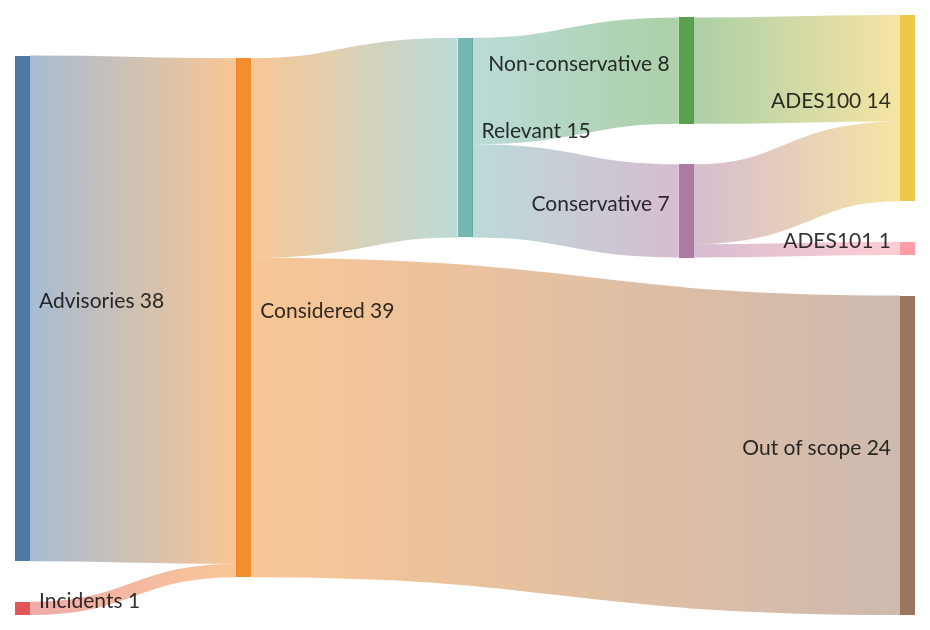
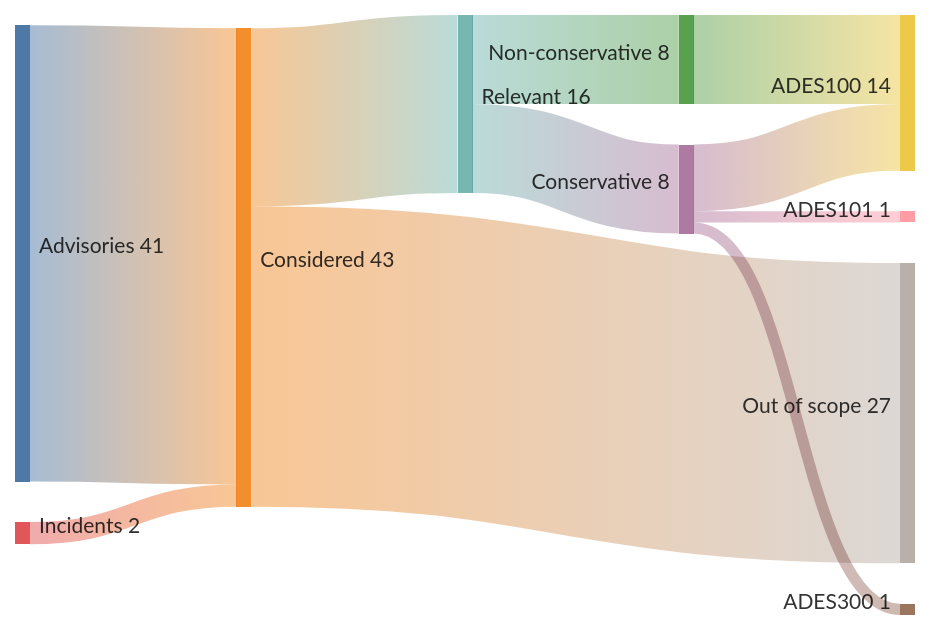
Before and after one commit to ericcornelissen/ades: the diagram in docs/EVALUATION.md, drawn with Mermaid. The commit also changed other lines of this file and 1 other file, not shown here.

Commit message:
Update evaluation
The advisories should be straightforward.

The Cline 2026-02-24 incident is based primarily on [1], with the
snippet coming from commit `7bdbf0a` of the `cline/cline` repo.

[1]: https://adnanthekhan.com/posts/clinejection/

````diff
--- a/docs/EVALUATION.md
+++ b/docs/EVALUATION.md
@@ -122,17 +130,18 @@
 ```mermaid
 sankey-beta
 
-Advisories,Considered,     38
-Incidents,Considered,      1
+Advisories,Considered,     41
+Incidents,Considered,      2
 
-Considered,Relevant,       15
+Considered,Relevant,       16
 
 Relevant,Non-conservative, 8
 Non-conservative,ADES100,  8
 
-Relevant,Conservative,     7
+Relevant,Conservative,     8
 Conservative,ADES100,      6
 Conservative,ADES101,      1
+Conservative,ADES300,      1
 
-Considered,Out of scope,   24
+Considered,Out of scope,   27
 ```
````
